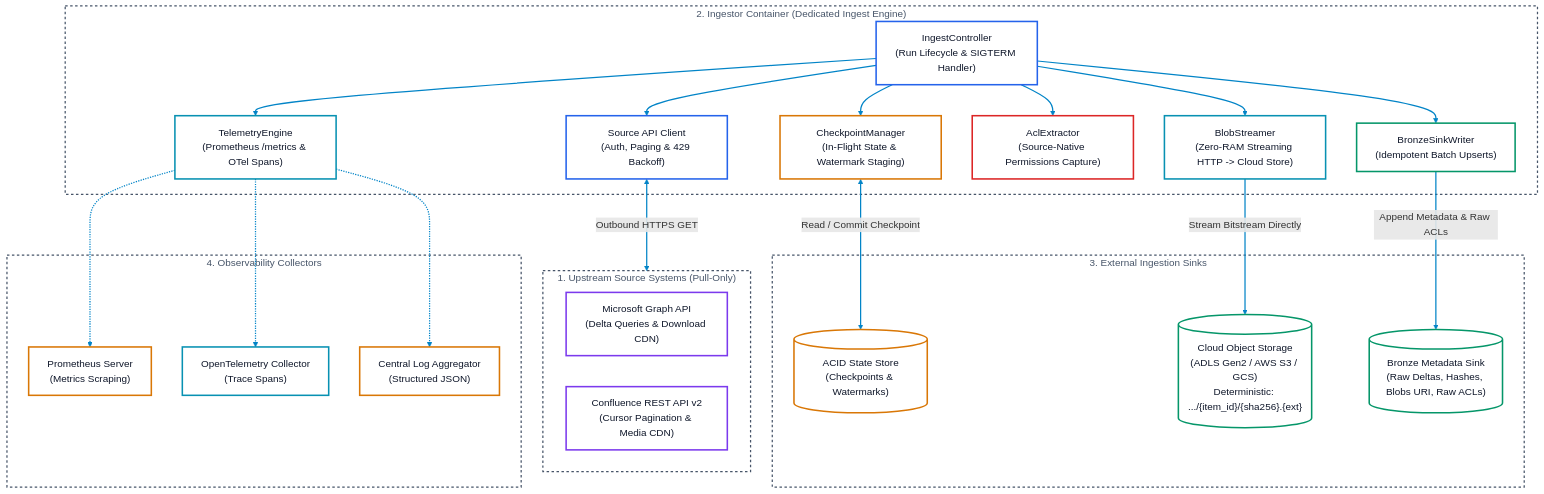
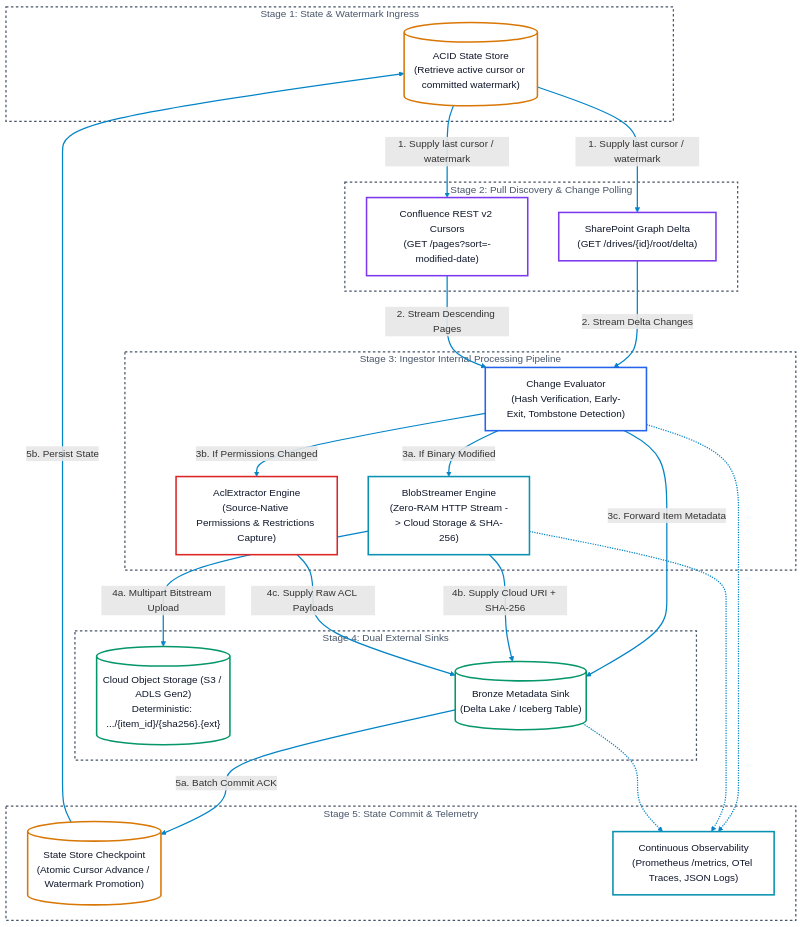
The first of 2 diagrams in docs/architectures/README.md (toanbui626391/document_ingestors), drawn with Mermaid before and after one commit. The commit also changed 2 other files, not shown here.

````diff
--- a/docs/architectures/README.md
+++ b/docs/architectures/README.md
@@ -23,64 +23,69 @@
 ```mermaid
 flowchart TD
-    subgraph Upstream ["1. Upstream Source Systems (Pull-Only)"]
-        SP_API["Microsoft Graph API\n(Delta Queries & Download CDN)"]:::purple
-        CF_API["Confluence REST API v2\n(Cursor Pagination & Media CDN)"]:::purple
+    subgraph Stage1 ["Stage 1: State & Watermark Ingress"]
+        StateDB[("ACID State Store\n(Retrieve active cursor or committed watermark)")]:::amber
     end
 
-    subgraph Ingestor ["2. Ingestor Container (Dedicated Ingest Engine)"]
-        Controller["IngestController\n(Run Lifecycle & SIGTERM Handler)"]:::blue
-        SourceClient["Source API Client\n(Auth, Paging & 429 Backoff)"]:::blue
-        CheckpointMgr["CheckpointManager\n(In-Flight State & Watermark Staging)"]:::amber
-        BlobStreamer["BlobStreamer\n(Zero-RAM Streaming HTTP -> Cloud Store)"]:::cyan
-        AclExtractor["AclExtractor\n(Source-Native Permissions Capture)"]:::red
-        BronzeWriter["BronzeSinkWriter\n(Idempotent Batch Upserts)"]:::green
-        Telemetry["TelemetryEngine\n(Prometheus /metrics & OTel Spans)"]:::cyan
+    subgraph Stage2 ["Stage 2: Pull Discovery & Change Polling"]
+        SP_Source["SharePoint Graph Delta\n(GET /drives/{id}/root/delta)"]:::purple
+        CF_Source["Confluence REST v2 Cursors\n(GET /pages?sort=-modified-date)"]:::purple
     end
 
-    subgraph Sinks ["3. External Ingestion Sinks"]
-        StateDB[("ACID State Store\n(Checkpoints & Watermarks)")]:::amber
-        BlobStore[("Cloud Object Storage\n(ADLS Gen2 / AWS S3 / GCS)\nDeterministic: .../{item_id}/{sha256}.{ext}")]:::green
-        BronzeTable[("Bronze Metadata Sink\n(Raw Deltas, Hashes, Blobs URI, Raw ACLs)")]:::green
+    subgraph Stage3 ["Stage 3: Ingestor Internal Processing Pipeline"]
+        ChangeEval["Change Evaluator\n(Hash Verification, Early-Exit, Tombstone Detection)"]:::blue
+        BlobStreamer["BlobStreamer Engine\n(Zero-RAM HTTP Stream -> Cloud Storage & SHA-256)"]:::cyan
+        AclExtractor["AclExtractor Engine\n(Source-Native Permissions & Restrictions Capture)"]:::red
     end
 
-    subgraph Observers ["4. Observability Collectors"]
-        Prom["Prometheus Server\n(Metrics Scraping)"]:::amber
-        Otel["OpenTelemetry Collector\n(Trace Spans)"]:::cyan
-        Logs["Central Log Aggregator\n(Structured JSON)"]:::amber
+    subgraph Stage4 ["Stage 4: Dual External Sinks"]
+        BlobStore[("Cloud Object Storage (S3 / ADLS Gen2)\nDeterministic: .../{item_id}/{sha256}.{ext}")]:::green
+        BronzeTable[("Bronze Metadata Sink\n(Delta Lake / Iceberg Table)")]:::green
     end
 
-    %% Internal Ingestor Connections
-    Controller --> SourceClient
-    Controller --> CheckpointMgr
-    Controller --> BlobStreamer
-    Controller --> AclExtractor
-    Controller --> BronzeWriter
-    Controller --> Telemetry
+    subgraph Stage5 ["Stage 5: State Commit & Telemetry"]
+        CommitCheckpoint[("State Store Checkpoint\n(Atomic Cursor Advance / Watermark Promotion)")]:::amber
+        TelemetryExport["Continuous Observability\n(Prometheus /metrics, OTel Traces, JSON Logs)"]:::cyan
+    end
 
-    %% External Interface Connections
-    SourceClient <-->|Outbound HTTPS GET| Upstream
-    CheckpointMgr <-->|Read / Commit Checkpoint| StateDB
-    BlobStreamer -->|Stream Bitstream Directly| BlobStore
-    BronzeWriter -->|Append Metadata & Raw ACLs| BronzeTable
-    Telemetry -.-> Prom
-    Telemetry -.-> Otel
-    Telemetry -.-> Logs
+    %% Data Flow Transitions
+    StateDB -->|1. Supply last cursor / watermark| SP_Source
+    StateDB -->|1. Supply last cursor / watermark| CF_Source
 
-    %% Subgraphs Style
-    style Upstream fill:none,stroke:#475569,stroke-width:2px,stroke-dasharray: 4 4,color:#475569
-    style Ingestor fill:none,stroke:#475569,stroke-width:2px,stroke-dasharray: 4 4,color:#475569
-    style Sinks fill:none,stroke:#475569,stroke-width:2px,stroke-dasharray: 4 4,color:#475569
-    style Observers fill:none,stroke:#475569,stroke-width:2px,stroke-dasharray: 4 4,color:#475569
+    SP_Source -->|2. Stream Delta Changes| ChangeEval
+    CF_Source -->|2. Stream Descending Pages| ChangeEval
+
+    ChangeEval -->|3a. If Binary Modified| BlobStreamer
+    ChangeEval -->|3b. If Permissions Changed| AclExtractor
+    ChangeEval -->|3c. Forward Item Metadata| BronzeTable
+
+    BlobStreamer -->|4a. Multipart Bitstream Upload| BlobStore
+    BlobStreamer -->|4b. Supply Cloud URI + SHA-256| BronzeTable
+    AclExtractor -->|4c. Supply Raw ACL Payloads| BronzeTable
+
+    BronzeTable -->|5a. Batch Commit ACK| CommitCheckpoint
+    CommitCheckpoint -->|5b. Persist State| StateDB
+
+    %% Telemetry Stream
+    ChangeEval -.-> TelemetryExport
+    BlobStreamer -.-> TelemetryExport
+    BronzeTable -.-> TelemetryExport
+
+    %% Subgraphs Styling
+    style Stage1 fill:none,stroke:#475569,stroke-width:2px,stroke-dasharray: 4 4,color:#475569
+    style Stage2 fill:none,stroke:#475569,stroke-width:2px,stroke-dasharray: 4 4,color:#475569
+    style Stage3 fill:none,stroke:#475569,stroke-width:2px,stroke-dasharray: 4 4,color:#475569
+    style Stage4 fill:none,stroke:#475569,stroke-width:2px,stroke-dasharray: 4 4,color:#475569
+    style Stage5 fill:none,stroke:#475569,stroke-width:2px,stroke-dasharray: 4 4,color:#475569
 
     %% High-Visibility Link Arrows
     linkStyle default stroke:#0284c7,stroke-width:2px
 
-    %% High-Luminance Card Classes
+    %% Dual-Mode Card Palette
     classDef default fill:#ffffff,stroke:#475569,stroke-width:2.5px,color:#0f172a;
     classDef blue    fill:#ffffff,stroke:#2563eb,stroke-width:2.5px,color:#0f172a;
     classDef green   fill:#ffffff,stroke:#059669,stroke-width:2.5px,color:#0f172a;
     classDef amber   fill:#ffffff,stroke:#d97706,stroke-width:2.5px,color:#0f172a;
     classDef purple  fill:#ffffff,stroke:#7c3aed,stroke-width:2.5px,color:#0f172a;
     classDef red     fill:#ffffff,stroke:#dc2626,stroke-width:2.5px,color:#0f172a;
     classDef cyan    fill:#ffffff,stroke:#0891b2,stroke-width:2.5px,color:#0f172a;
 ```
````
